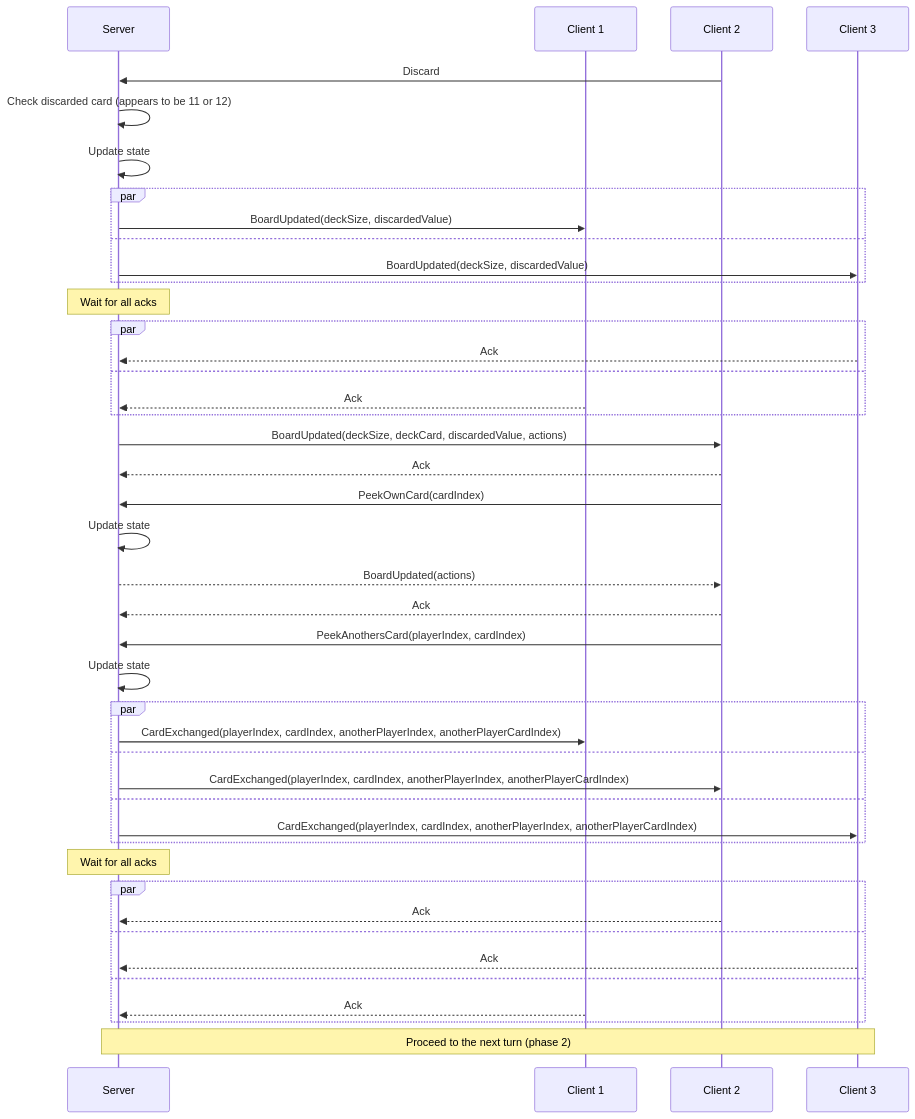
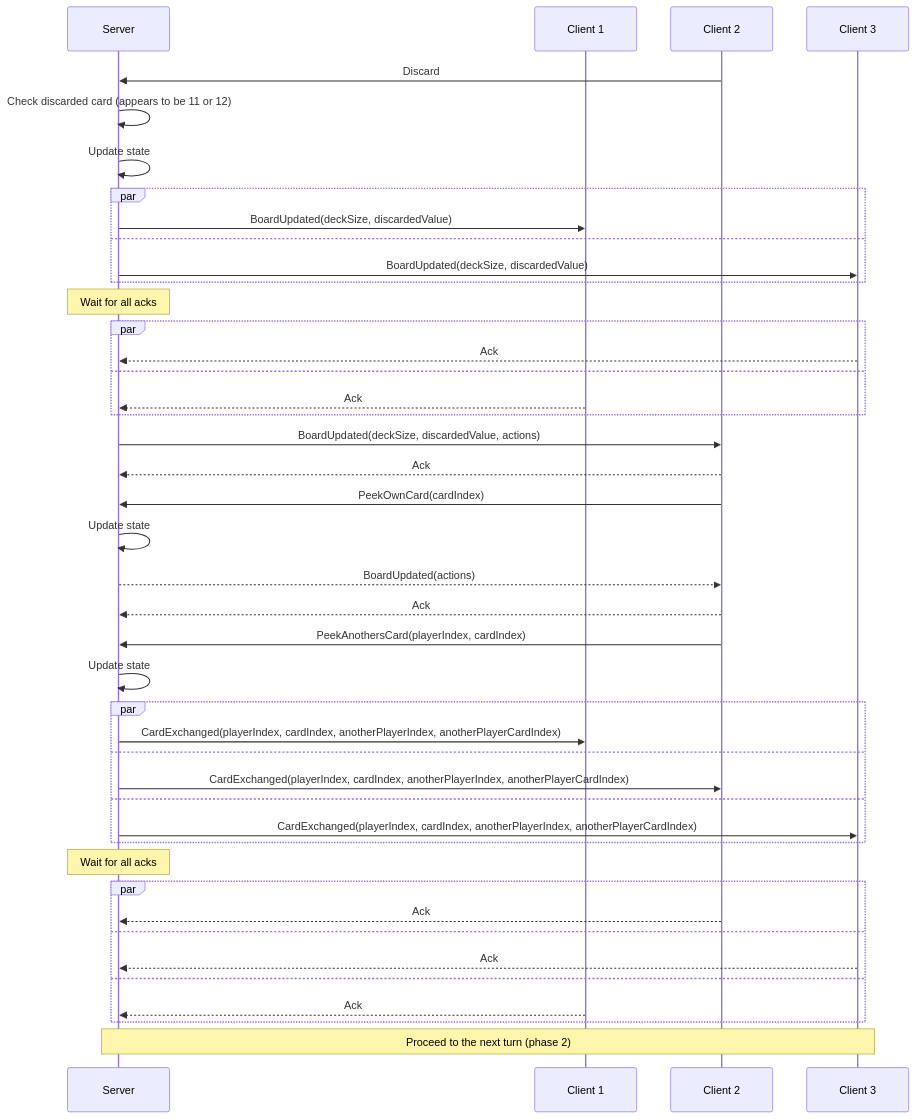
Diagram 13 of 15 in docs/GAME.md (roman-zubarevich/another), drawn with Mermaid before and after one commit. The commit also changed other lines of this file, not shown here.

````diff
--- a/docs/GAME.md
+++ b/docs/GAME.md
@@ -402,45 +402,45 @@
 ```mermaid
 sequenceDiagram
     participant S as Server
     participant C1 as Client 1
     participant C2 as Client 2
     participant C3 as Client 3
     C2->>S: Discard
     S->>S: Check discarded card (appears to be 11 or 12)
     S->>S: Update state
     par
         S->>C1: BoardUpdated(deckSize, discardedValue)
     and
         S->>C3: BoardUpdated(deckSize, discardedValue)
     end
     Note over S: Wait for all acks
     par
         C3-->>S: Ack
     and
         C1-->>S: Ack
     end
-    S->>C2: BoardUpdated(deckSize, deckCard, discardedValue, actions)
+    S->>C2: BoardUpdated(deckSize, discardedValue, actions)
     C2-->>S: Ack
     C2->>S: PeekOwnCard(cardIndex)
     S->>S: Update state
     S-->>C2: BoardUpdated(actions)
     C2-->>S: Ack
     C2->>S: PeekAnothersCard(playerIndex, cardIndex)
     S->>S: Update state
     par
         S->>C1: CardExchanged(playerIndex, cardIndex, anotherPlayerIndex, anotherPlayerCardIndex)
     and
         S->>C2: CardExchanged(playerIndex, cardIndex, anotherPlayerIndex, anotherPlayerCardIndex)
     and
         S->>C3: CardExchanged(playerIndex, cardIndex, anotherPlayerIndex, anotherPlayerCardIndex)
     end
     Note over S: Wait for all acks
     par
         C2-->>S: Ack
     and
         C3-->>S: Ack
     and
         C1-->>S: Ack
     end
     Note over S,C3: Proceed to the next turn (phase 2)
 ```
````
